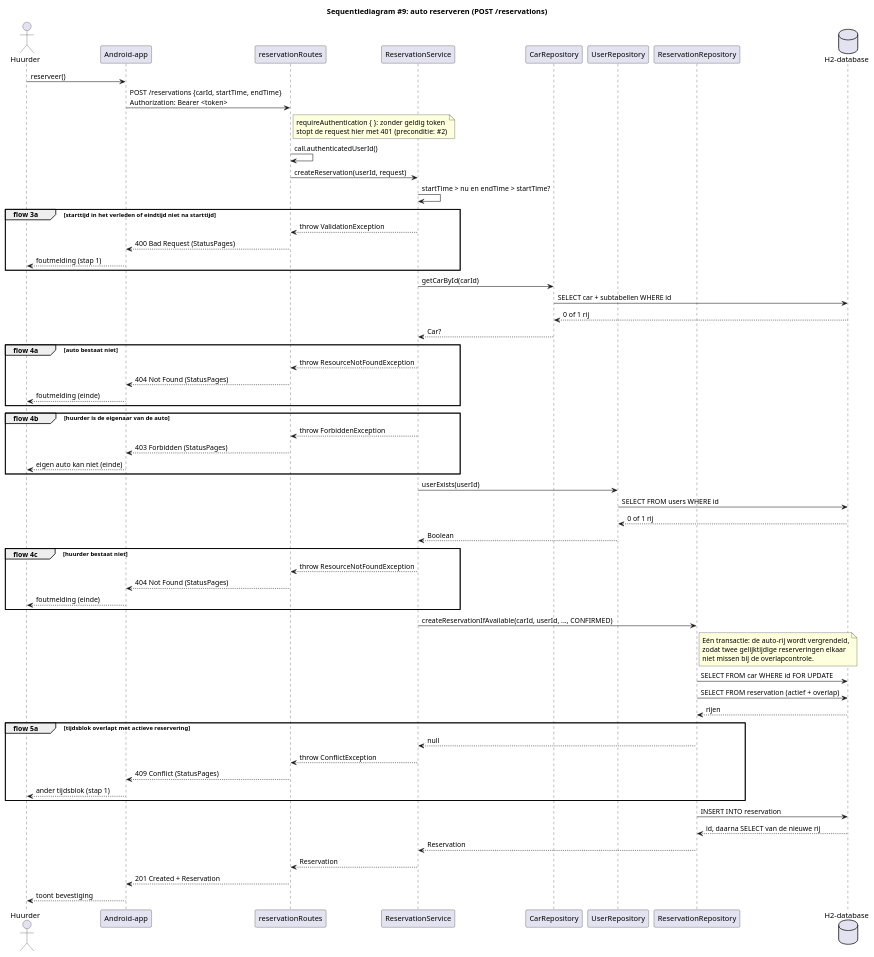
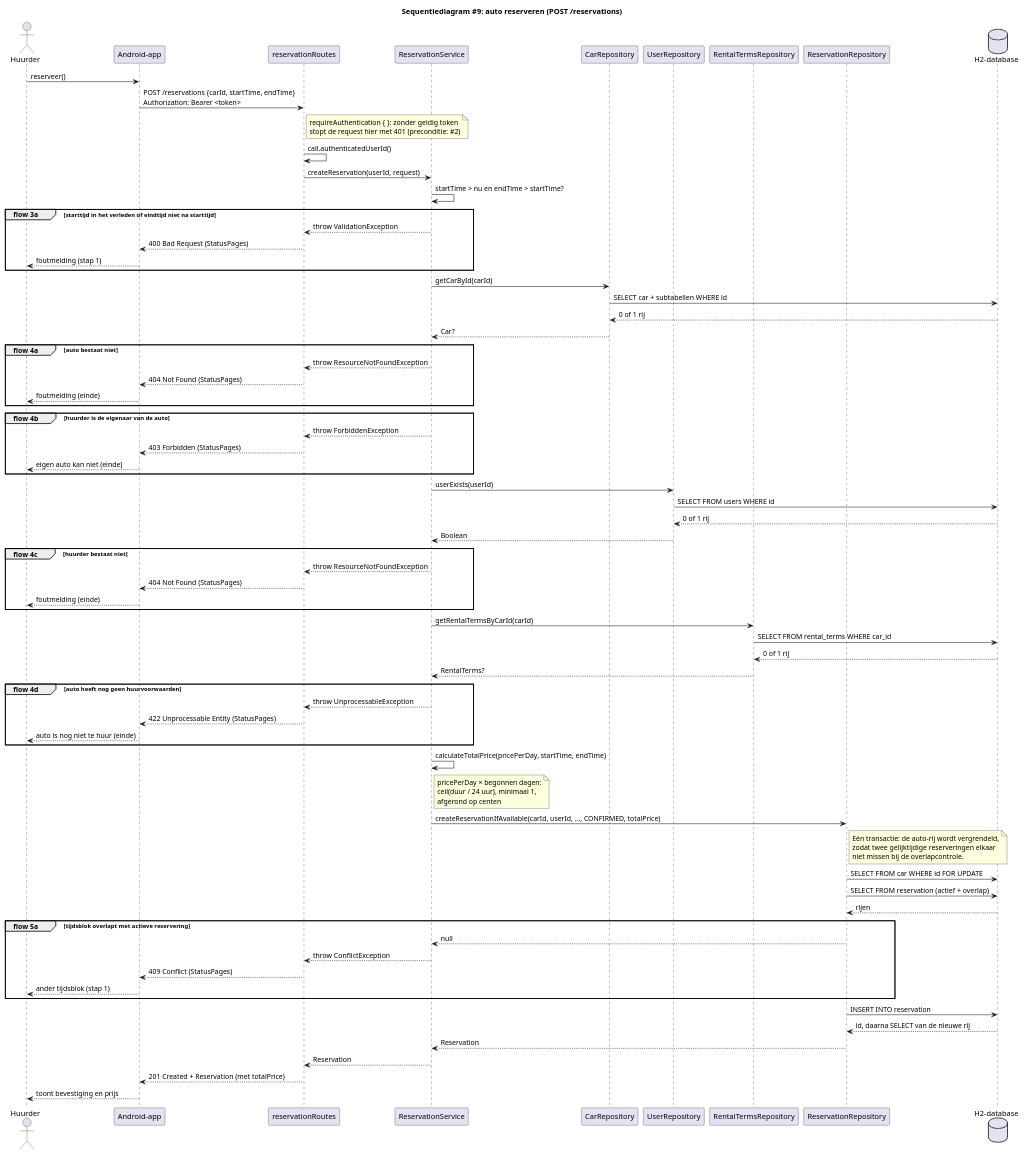
One commit to MarkPrins18/hbo-leerjaar2 changed the diagram in diagrams/sequence/ReserveCar.puml. Above: the diagram before and after it, drawn with PlantUML. The commit also changed 17 other files, not shown here.

First line of the commit message:
feat: totaalprijs bij reservering op basis van begonnen dagen

```diff
--- a/diagrams/sequence/ReserveCar.puml
+++ b/diagrams/sequence/ReserveCar.puml
@@ -1,81 +1,100 @@
 @startuml ReserveCar
 title Sequentiediagram #9: auto reserveren (POST /reservations)
 
 actor Huurder as g
 participant "Android-app" as app
 participant "reservationRoutes" as rt
 participant "ReservationService" as svc
 participant "CarRepository" as car
 participant "UserRepository" as user
+participant "RentalTermsRepository" as terms
 participant "ReservationRepository" as repo
 database "H2-database" as db
 
 g -> app : reserveer()
 app -> rt : POST /reservations {carId, startTime, endTime}\nAuthorization: Bearer <token>
 note right of rt
   requireAuthentication { }: zonder geldig token
   stopt de request hier met 401 (preconditie: #2)
 end note
 rt -> rt : call.authenticatedUserId()
 rt -> svc : createReservation(userId, request)
 svc -> svc : startTime > nu en endTime > startTime?
 
 group flow 3a [starttijd in het verleden of eindtijd niet na starttijd]
     svc --> rt : throw ValidationException
     rt --> app : 400 Bad Request (StatusPages)
     app --> g : foutmelding (stap 1)
 end
 
 svc -> car : getCarById(carId)
 car -> db : SELECT car + subtabellen WHERE id
 db --> car : 0 of 1 rij
 car --> svc : Car?
 
 group flow 4a [auto bestaat niet]
     svc --> rt : throw ResourceNotFoundException
     rt --> app : 404 Not Found (StatusPages)
     app --> g : foutmelding (einde)
 end
 
 group flow 4b [huurder is de eigenaar van de auto]
     svc --> rt : throw ForbiddenException
     rt --> app : 403 Forbidden (StatusPages)
     app --> g : eigen auto kan niet (einde)
 end
 
 svc -> user : userExists(userId)
 user -> db : SELECT FROM users WHERE id
 db --> user : 0 of 1 rij
 user --> svc : Boolean
 
 group flow 4c [huurder bestaat niet]
     svc --> rt : throw ResourceNotFoundException
     rt --> app : 404 Not Found (StatusPages)
     app --> g : foutmelding (einde)
 end
 
-svc -> repo : createReservationIfAvailable(carId, userId, ..., CONFIRMED)
+svc -> terms : getRentalTermsByCarId(carId)
+terms -> db : SELECT FROM rental_terms WHERE car_id
+db --> terms : 0 of 1 rij
+terms --> svc : RentalTerms?
+
+group flow 4d [auto heeft nog geen huurvoorwaarden]
+    svc --> rt : throw UnprocessableException
+    rt --> app : 422 Unprocessable Entity (StatusPages)
+    app --> g : auto is nog niet te huur (einde)
+end
+
+svc -> svc : calculateTotalPrice(pricePerDay, startTime, endTime)
+note right of svc
+  pricePerDay × begonnen dagen:
+  ceil(duur / 24 uur), minimaal 1,
+  afgerond op centen
+end note
+
+svc -> repo : createReservationIfAvailable(carId, userId, ..., CONFIRMED, totalPrice)
 note right of repo
   Eén transactie: de auto-rij wordt vergrendeld,
   zodat twee gelijktijdige reserveringen elkaar
   niet missen bij de overlapcontrole.
 end note
 repo -> db : SELECT FROM car WHERE id FOR UPDATE
 repo -> db : SELECT FROM reservation (actief + overlap)
 db --> repo : rijen
 
 group flow 5a [tijdsblok overlapt met actieve reservering]
     repo --> svc : null
     svc --> rt : throw ConflictException
     rt --> app : 409 Conflict (StatusPages)
     app --> g : ander tijdsblok (stap 1)
 end
 
 repo -> db : INSERT INTO reservation
 db --> repo : id, daarna SELECT van de nieuwe rij
 repo --> svc : Reservation
 svc --> rt : Reservation
-rt --> app : 201 Created + Reservation
-app --> g : toont bevestiging
+rt --> app : 201 Created + Reservation (met totalPrice)
+app --> g : toont bevestiging en prijs
 
 @enduml
```
